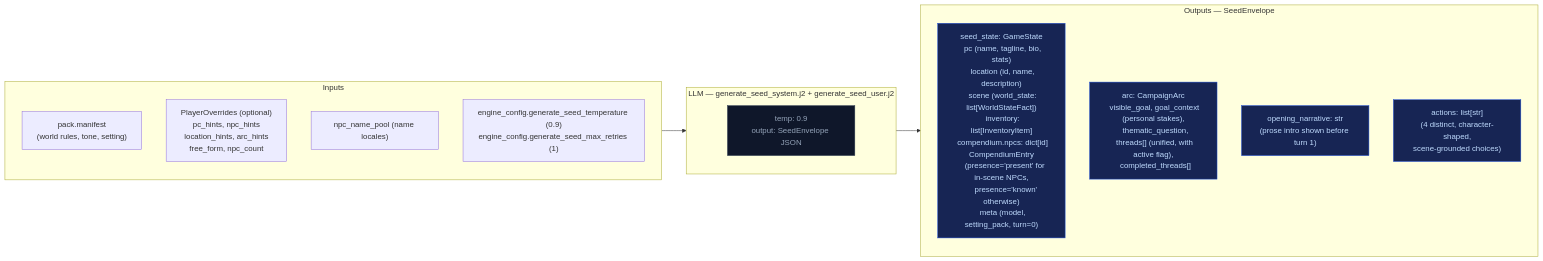
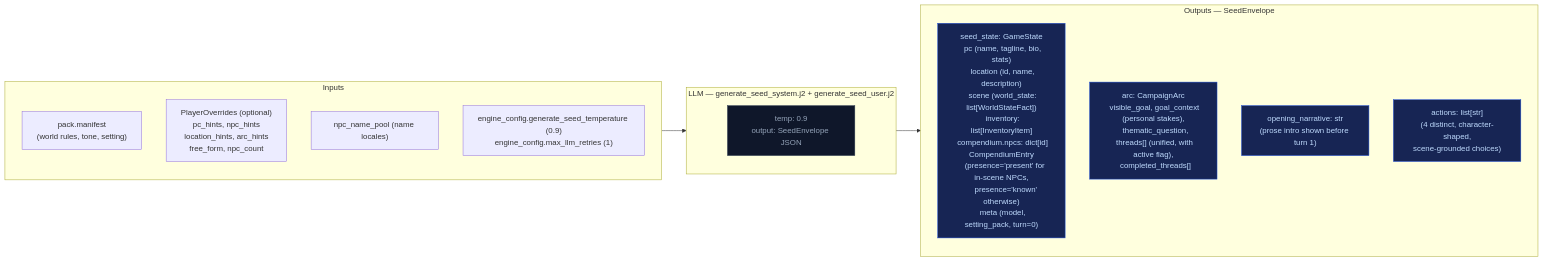
The second of 2 diagrams in docs/architecture/out-of-band.md (pww217/fablethread), drawn with Mermaid before and after one commit. The commit also changed 11 other files, not shown here.

````diff
--- a/docs/architecture/out-of-band.md
+++ b/docs/architecture/out-of-band.md
@@ -32,26 +32,26 @@
 ```mermaid
 flowchart LR
     classDef llmNode fill:#0f172a,color:#94a3b8,stroke:#334155
     classDef outNode fill:#172554,color:#bfdbfe,stroke:#1d4ed8
 
     subgraph IN["Inputs"]
         G1["pack.manifest<br>(world rules, tone, setting)"]
         G3["PlayerOverrides (optional)<br>  pc_hints, npc_hints<br>  location_hints, arc_hints<br>  free_form, npc_count"]
         G4["npc_name_pool (name locales)"]
-        G5["engine_config.generate_seed_temperature (0.9)<br>engine_config.generate_seed_max_retries (1)"]
+        G5["engine_config.generate_seed_temperature (0.9)<br>engine_config.max_llm_retries (1)"]
     end
 
     subgraph LLM_GS["LLM — generate_seed_system.j2 + generate_seed_user.j2"]
         GL["temp: 0.9<br>output: SeedEnvelope JSON"]:::llmNode
     end
 
     subgraph OUT["Outputs — SeedEnvelope"]
         O1["seed_state: GameState<br>  pc (name, tagline, bio, stats)<br>  location (id, name, description)<br>  scene (world_state: list[WorldStateFact])<br>  inventory: list[InventoryItem]<br>  compendium.npcs: dict[id] CompendiumEntry<br>    (presence='present' for in-scene NPCs,<br>     presence='known' otherwise)<br>  meta (model, setting_pack, turn=0)"]:::outNode
         O2["arc: CampaignArc<br>  visible_goal, goal_context (personal stakes),<br>  thematic_question,<br>  threads[] (unified, with active flag),<br>  completed_threads[]"]:::outNode
         O3["opening_narrative: str<br>(prose intro shown before turn 1)"]:::outNode
         O4["actions: list[str]<br>(4 distinct, character-shaped,<br>scene-grounded choices)"]:::outNode
     end
 
     IN --> LLM_GS
     LLM_GS --> OUT
 ```
````
